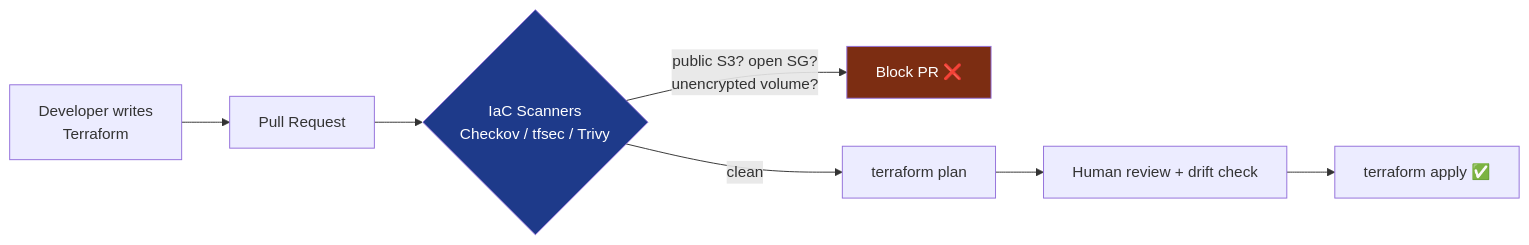
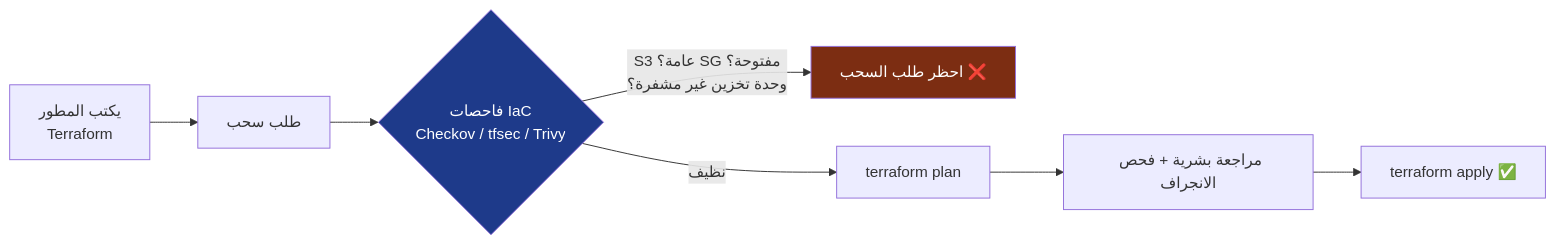
One commit to ibra-kdbra/banije changed the fifth of 11 diagrams in src/content/translate/ar/cloud-native-and-supply-chain-security-in-depth.md. Above: the diagram before and after it, drawn with Mermaid. The commit also changed other lines of this file and 33 other files, not shown here.

````diff
--- a/src/content/translate/ar/cloud-native-and-supply-chain-security-in-depth.md
+++ b/src/content/translate/ar/cloud-native-and-supply-chain-security-in-depth.md
@@ -173,11 +173,11 @@
 ```mermaid
 flowchart LR
-    DEV[Developer writes<br/>Terraform] --> PR[Pull Request]
-    PR --> SCAN{IaC Scanners<br/>Checkov / tfsec / Trivy}
-    SCAN -->|"public S3? open SG?<br/>unencrypted volume?"| FAIL[Block PR ❌]
-    SCAN -->|clean| PLAN[terraform plan]
-    PLAN --> REVIEW[Human review + drift check]
+    DEV["يكتب المطور<br/>Terraform"] --> PR["طلب سحب"]
+    PR --> SCAN{"فاحصات IaC<br/>Checkov / tfsec / Trivy"}
+    SCAN -->|"S3 عامة؟ SG مفتوحة؟<br/>وحدة تخزين غير مشفرة؟"| FAIL["احظر طلب السحب ❌"]
+    SCAN -->|"نظيف"| PLAN[terraform plan]
+    PLAN --> REVIEW["مراجعة بشرية + فحص الانجراف"]
     REVIEW --> APPLY[terraform apply ✅]
     style SCAN fill:#1e3a8a,color:#fff
     style FAIL fill:#7c2d12,color:#fff
 ```
````
